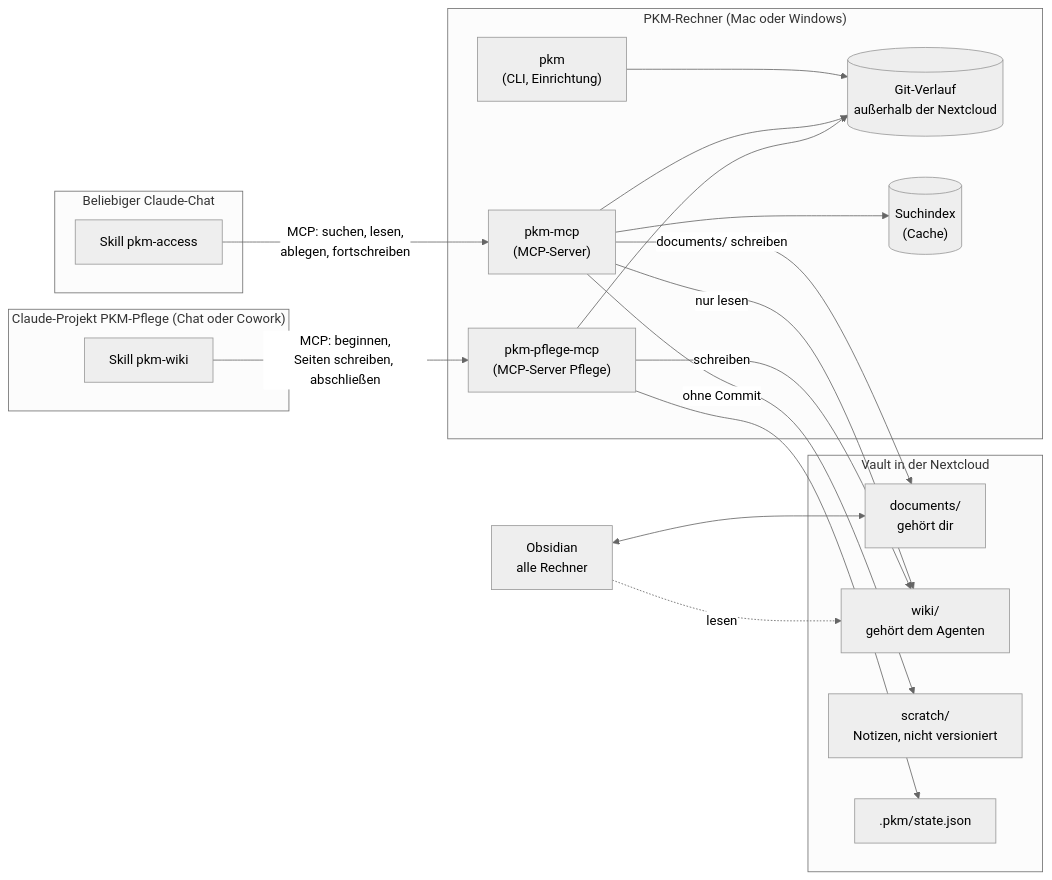
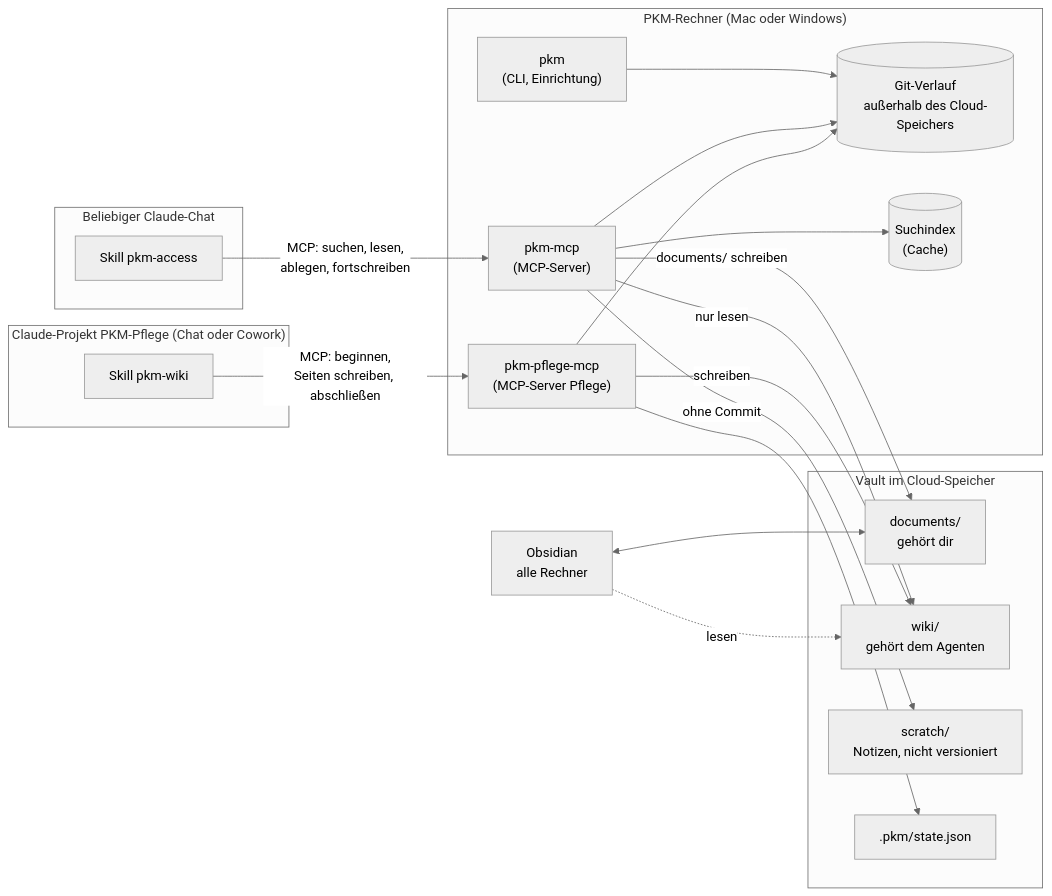
The first of 4 diagrams in README.md (achim0x/pkm-llm-wiki), drawn with Mermaid (neutral theme) before and after one commit. The commit also changed other lines of this file and 14 other files, not shown here.

````diff
--- a/README.md
+++ b/README.md
@@ -148,37 +156,37 @@
 ```mermaid
 flowchart LR
     subgraph Chats["Beliebiger Claude-Chat"]
         A["Skill pkm-access"]
     end
     subgraph Projekt["Claude-Projekt PKM-Pflege (Chat oder Cowork)"]
         B["Skill pkm-wiki"]
     end
     subgraph Mac["PKM-Rechner (Mac oder Windows)"]
         M["pkm-mcp<br/>(MCP-Server)"]
         P["pkm-pflege-mcp<br/>(MCP-Server Pflege)"]
         C["pkm<br/>(CLI, Einrichtung)"]
-        G[("Git-Verlauf<br/>außerhalb der Nextcloud")]
+        G[("Git-Verlauf<br/>außerhalb des Cloud-Speichers")]
         I[("Suchindex<br/>(Cache)")]
     end
-    subgraph Vault["Vault in der Nextcloud"]
+    subgraph Vault["Vault im Cloud-Speicher"]
         D["documents/<br/>gehört dir"]
         W["wiki/<br/>gehört dem Agenten"]
         X["scratch/<br/>Notizen, nicht versioniert"]
         S[".pkm/state.json"]
     end
     O["Obsidian<br/>alle Rechner"]
 
     A -- "MCP: suchen, lesen,<br/>ablegen, fortschreiben" --> M
     B -- "MCP: beginnen,<br/>Seiten schreiben, abschließen" --> P
     P -- "schreiben" --> W
     P --> G
     M -- "documents/ schreiben" --> D
     M -- "ohne Commit" --> X
     M -- "nur lesen" --> W
     M --> G
     M --> I
     P --> S
     C --> G
     O <--> D
     O -. "lesen" .-> W
 ```
````
